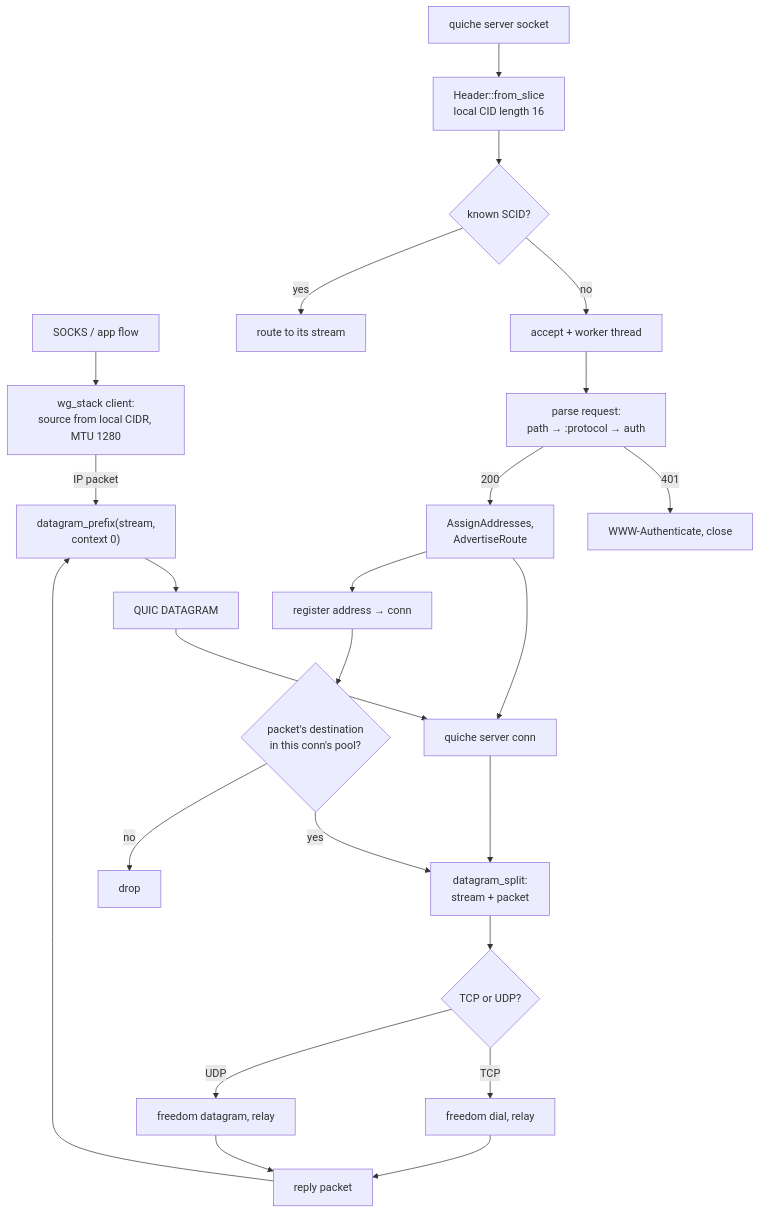
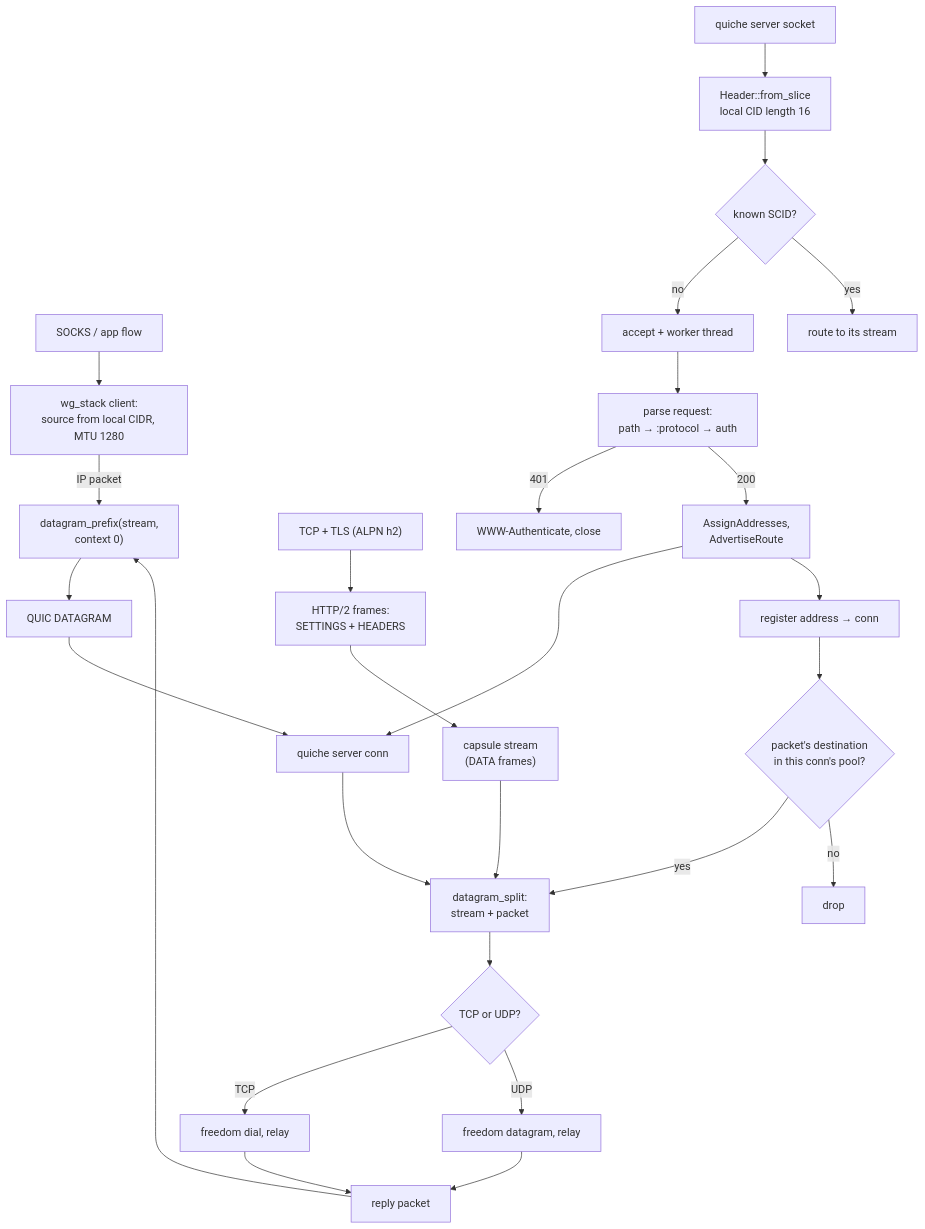
One commit to Ferrocite/ferrox changed the diagram in docs/function/carrier-masque.md. Above: the diagram before and after it, drawn with Mermaid. The commit also changed other lines of this file and 7 other files, not shown here.

````diff
--- a/docs/function/carrier-masque.md
+++ b/docs/function/carrier-masque.md
@@ -11,25 +11,28 @@
 ```mermaid
 graph TD
     A["SOCKS / app flow"] --> B["wg_stack client:<br/>source from local CIDR, MTU 1280"]
     B -- "IP packet" --> C["datagram_prefix(stream,<br/>context 0)"]
     C --> D["QUIC DATAGRAM"]
     D --> E["quiche server conn"]
     E --> F["datagram_split:<br/>stream + packet"]
+    H2["TCP + TLS (ALPN h2)"] --> H2F["HTTP/2 frames:<br/>SETTINGS + HEADERS"]
+    H2F --> H2S["capsule stream<br/>(DATA frames)"]
+    H2S --> F
     F --> G{"TCP or UDP?"}
     G -- TCP --> H["freedom dial, relay"]
     G -- UDP --> I["freedom datagram, relay"]
     H & I --> J["reply packet"]
     J --> C
     S["quiche server socket"] --> T["Header::from_slice<br/>local CID length 16"]
     T --> U{"known SCID?"}
     U -- no --> V["accept + worker thread"]
     U -- yes --> W["route to its stream"]
     V --> X["parse request:<br/>path → :protocol → auth"]
     X -- "401" --> Y["WWW-Authenticate, close"]
     X -- "200" --> Z["AssignAddresses,<br/>AdvertiseRoute"]
     Z --> E
     Z --> AA["register address → conn"]
     AA --> AB{"packet's destination<br/>in this conn's pool?"}
     AB -- yes --> F
     AB -- no --> AC["drop"]
 ```
````
